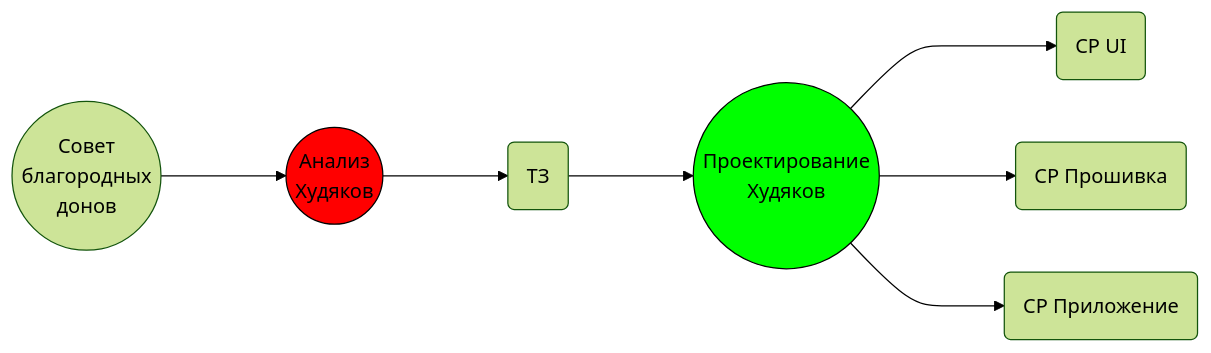
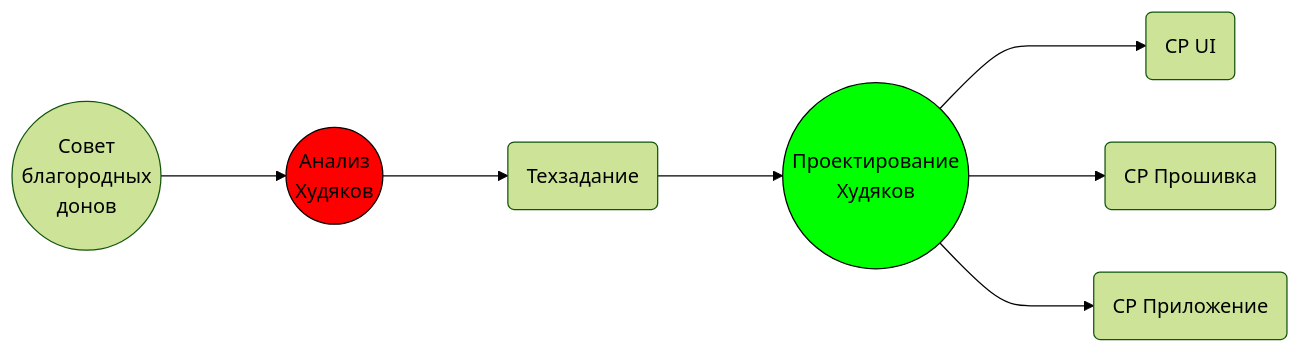
The diagram in Project/process.md (KhudyakovAlex/Synapse), drawn with Mermaid (forest theme) before and after one commit. The commit also changed 2 other files, not shown here.

Commit message:
Remove hover effects and cursor pointer from Mermaid diagrams

````diff
--- a/Project/process.md
+++ b/Project/process.md
@@ -3,22 +3,22 @@
 ```mermaid
 flowchart LR
     SBD((Совет<br>благородных<br>донов))
     ANAL((Анализ<br>Худяков))
-    PRD( ТЗ )
+    PRD( Техзадание )
     PRO((Проектирование<br>Худяков))
     DSUI( СР UI )
     DSFW( СР Прошивка )
     DSAPP( СР Приложение )
 
     SBD ---> ANAL
     ANAL ---> PRD
     PRD ---> PRO
     PRO ---> DSUI
     PRO ---> DSFW
     PRO ---> DSAPP
 
     style ANAL fill:#F00,stroke:#000
     style PRO fill:#0F0,stroke:#000
 
     click PRD "https://khudyakovalex.github.io/Synapse/INDEX/PRD/SynapsePRD.html"
 ```
````
